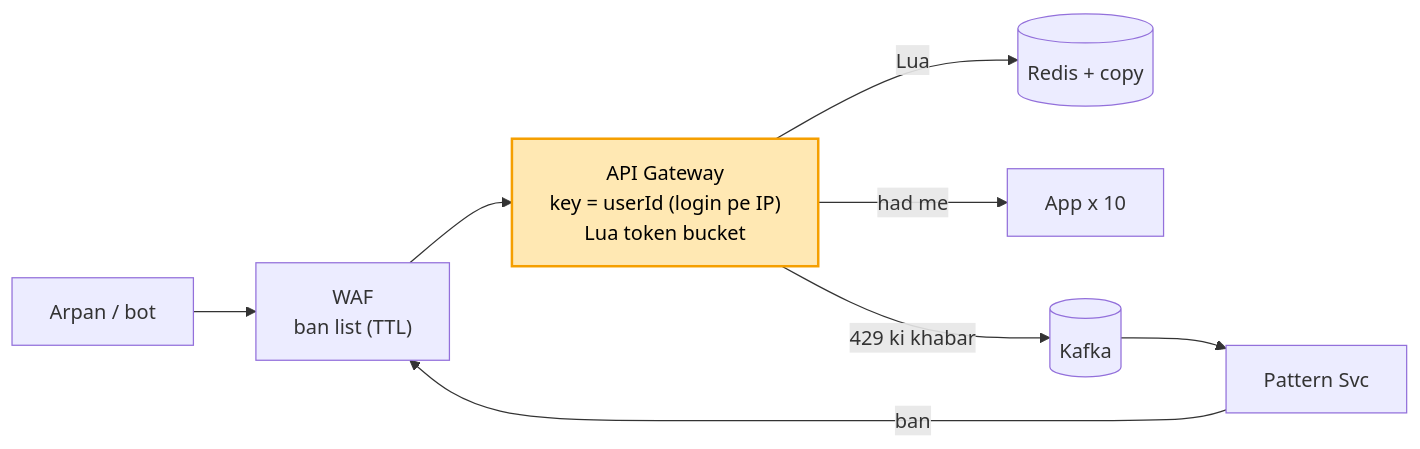
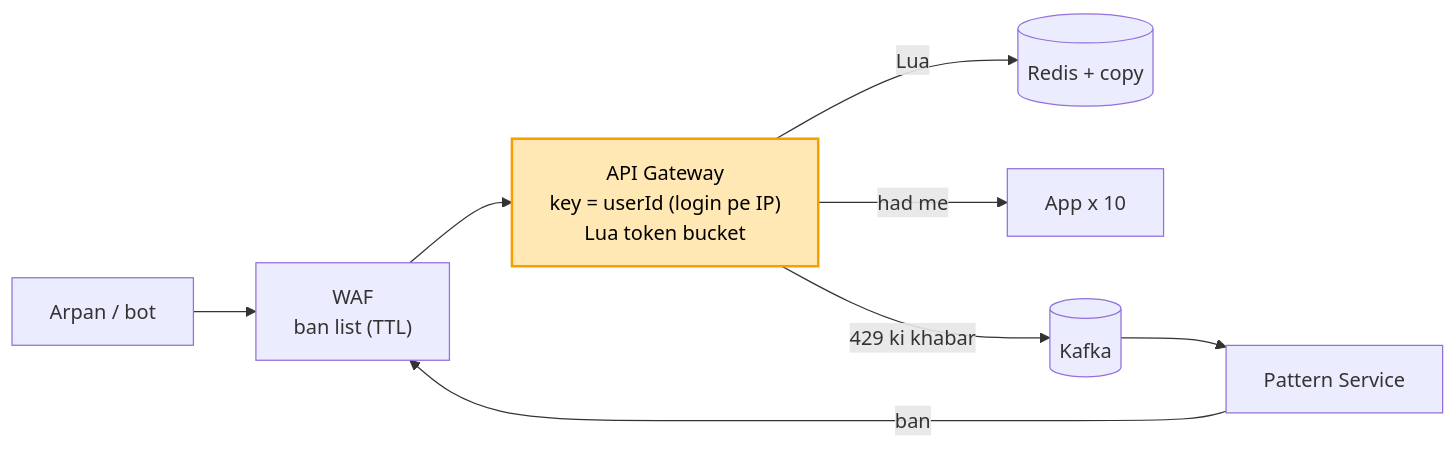
The eighth of 10 diagrams in 04_HLD/SYSTEM_DESIGNS/02_rate_limiter/02_rate_limiter.md (ArpanMaheshwari144/Prep), drawn with Mermaid before and after one commit. The commit also changed other lines of this file and 8 other files, not shown here.

````diff
--- a/04_HLD/SYSTEM_DESIGNS/02_rate_limiter/02_rate_limiter.md
+++ b/04_HLD/SYSTEM_DESIGNS/02_rate_limiter/02_rate_limiter.md
@@ -259,11 +259,11 @@
 ```mermaid
 flowchart LR
     U["Arpan / bot"] --> W["WAF<br/>ban list (TTL)"]
     W --> G["API Gateway<br/>key = userId (login pe IP)<br/>Lua token bucket"]
     G -- "Lua" --> R[("Redis + copy")]
     G -- "had me" --> S["App x 10"]
     G -- "429 ki khabar" --> K[("Kafka")]
-    K --> P["Pattern Svc"]
+    K --> P["Pattern Service"]
     P -- "ban" --> W
     style G fill:#ffe8b3,stroke:#f59f00,stroke-width:2px,color:#000
 ```
````
